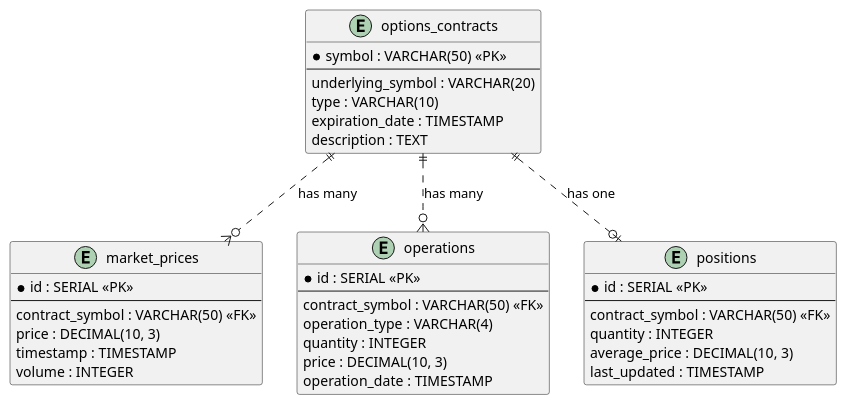
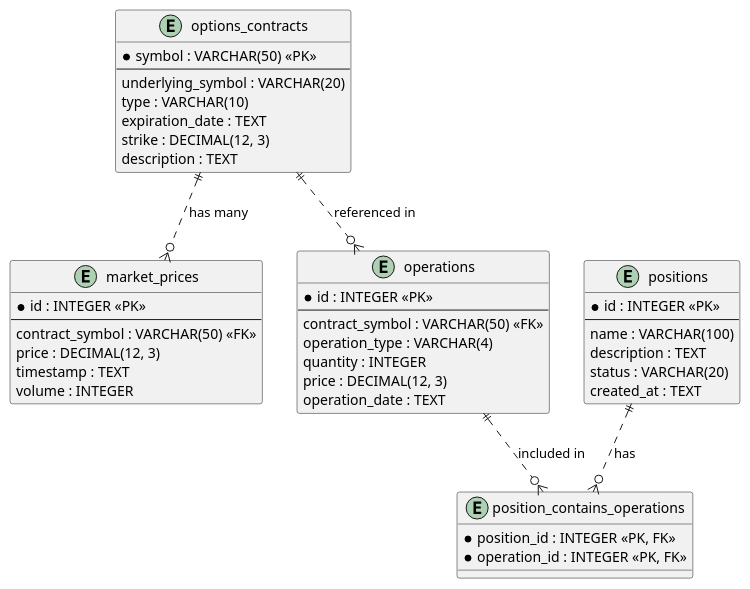
Before and after one commit to nahuelrabey/operar_marketdata_fetch: the diagram in Requirements/database_schema.puml, drawn with PlantUML. The commit also changed 5 other files, not shown here.

```diff
--- a/Requirements/database_schema.puml
+++ b/Requirements/database_schema.puml
@@ -1,44 +1,51 @@
 @startuml
 
 entity "options_contracts" {
   *symbol : VARCHAR(50) <<PK>>
   --
   underlying_symbol : VARCHAR(20)
   type : VARCHAR(10)
-  expiration_date : TIMESTAMP
+  expiration_date : TEXT
+  strike : DECIMAL(12, 3)
   description : TEXT
 }
 
 entity "market_prices" {
-  *id : SERIAL <<PK>>
+  *id : INTEGER <<PK>>
   --
   contract_symbol : VARCHAR(50) <<FK>>
-  price : DECIMAL(10, 3)
-  timestamp : TIMESTAMP
+  price : DECIMAL(12, 3)
+  timestamp : TEXT
   volume : INTEGER
 }
 
+entity "positions" {
+  *id : INTEGER <<PK>>
+  --
+  name : VARCHAR(100)
+  description : TEXT
+  status : VARCHAR(20)
+  created_at : TEXT
+}
+
 entity "operations" {
-  *id : SERIAL <<PK>>
+  *id : INTEGER <<PK>>
   --
   contract_symbol : VARCHAR(50) <<FK>>
   operation_type : VARCHAR(4)
   quantity : INTEGER
-  price : DECIMAL(10, 3)
-  operation_date : TIMESTAMP
+  price : DECIMAL(12, 3)
+  operation_date : TEXT
 }
 
-entity "positions" {
-  *id : SERIAL <<PK>>
-  --
-  contract_symbol : VARCHAR(50) <<FK>>
-  quantity : INTEGER
-  average_price : DECIMAL(10, 3)
-  last_updated : TIMESTAMP
+entity "position_contains_operations" {
+  *position_id : INTEGER <<PK, FK>>
+  *operation_id : INTEGER <<PK, FK>>
 }
 
 options_contracts ||..o{ market_prices : "has many"
-options_contracts ||..o{ operations : "has many"
-options_contracts ||..o| positions : "has one"
+options_contracts ||..o{ operations : "referenced in"
+positions ||..o{ position_contains_operations : "has"
+operations ||..o{ position_contains_operations : "included in"
 
 @enduml
```
